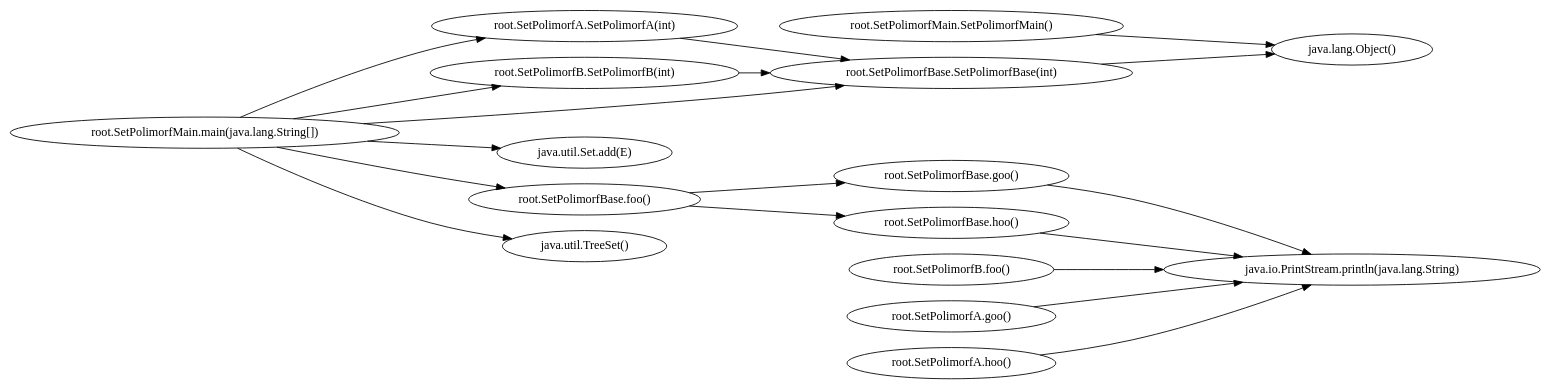
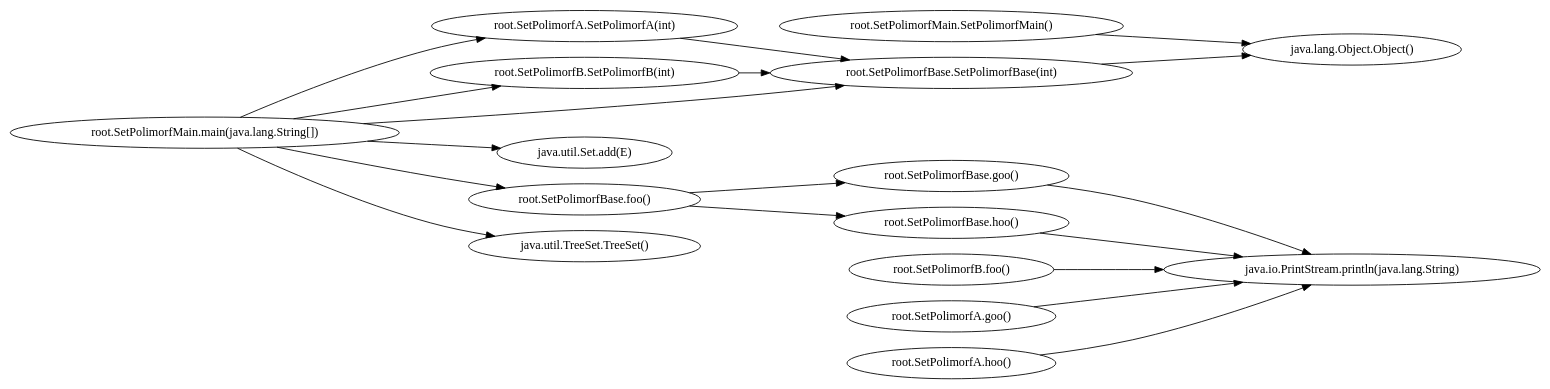
One commit to sagodiz/diff_for_CG changed the diagram in bemenetek/spoon/java_samples/SetPolimorfMain.dot. Above: the diagram before and after it, drawn with Graphviz. The commit also changed 57 other files, not shown here.

```diff
--- a/bemenetek/spoon/java_samples/SetPolimorfMain.dot
+++ b/bemenetek/spoon/java_samples/SetPolimorfMain.dot
@@ -1,35 +1,35 @@
 digraph graphname {
 rankdir="LR";
 0 [label="root.SetPolimorfA.SetPolimorfA(int)"]
 5 [label="root.SetPolimorfB.SetPolimorfB(int)"]
 1 [label="root.SetPolimorfBase.SetPolimorfBase(int)"]
 11 [label="root.SetPolimorfMain.SetPolimorfMain()"]
 14 [label="java.util.Set.add(E)"]
 8 [label="root.SetPolimorfBase.foo()"]
 6 [label="root.SetPolimorfB.foo()"]
 2 [label="root.SetPolimorfA.goo()"]
 9 [label="root.SetPolimorfBase.goo()"]
 4 [label="root.SetPolimorfA.hoo()"]
 10 [label="root.SetPolimorfBase.hoo()"]
-7 [label="java.lang.Object()"]
-13 [label="java.util.TreeSet()"]
+7 [label="java.lang.Object.Object()"]
+13 [label="java.util.TreeSet.TreeSet()"]
 12 [label="root.SetPolimorfMain.main(java.lang.String[])"]
 3 [label="java.io.PrintStream.println(java.lang.String)"]
 0 -> 1
 1 -> 7
 2 -> 3
 4 -> 3
 5 -> 1
 6 -> 3
 8 -> 9
 8 -> 10
 9 -> 3
 10 -> 3
 11 -> 7
 12 -> 0
 12 -> 1
 12 -> 5
 12 -> 8
 12 -> 13
 12 -> 14
 }
```
